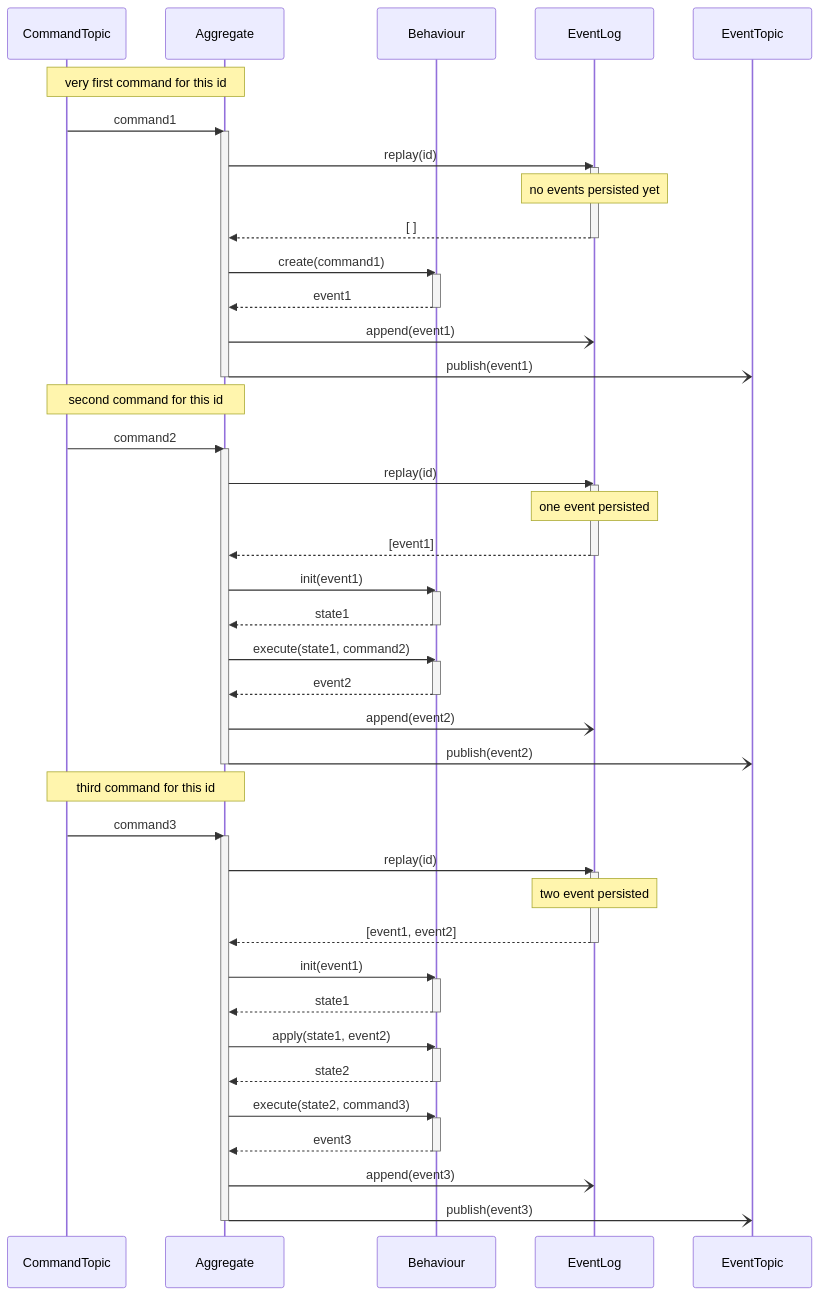
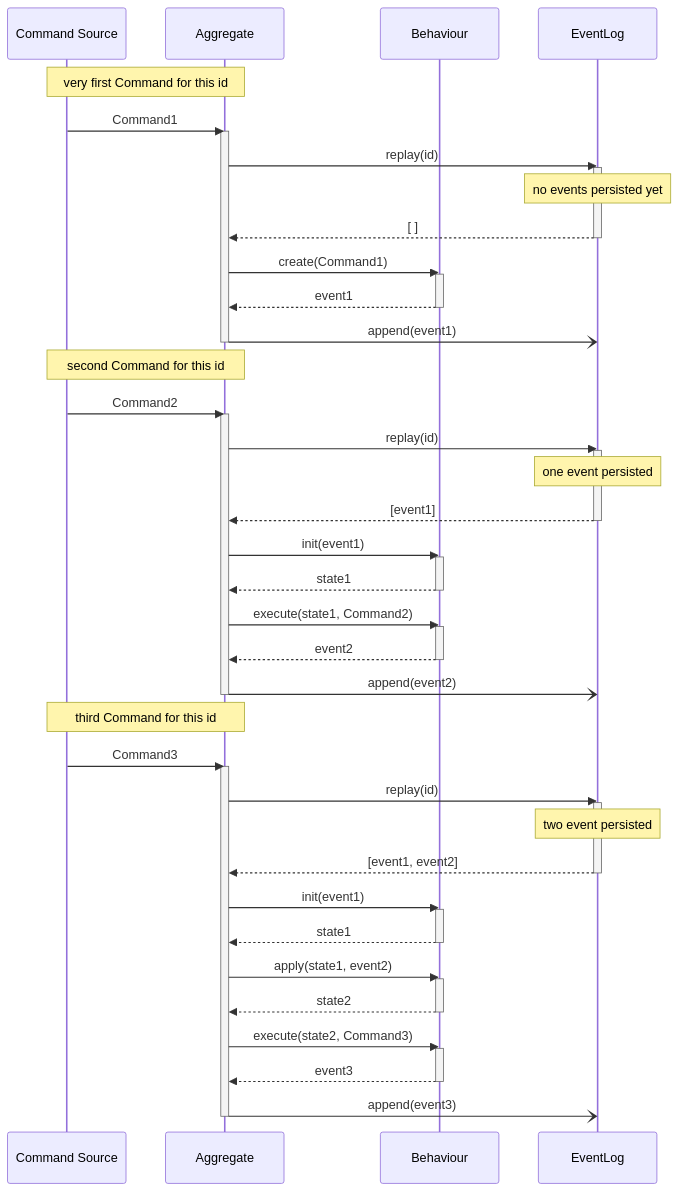
The second of 3 diagrams in packages/doc/docs/reventless-components/aggregate.md (ReventlessDev/reventless-core), drawn with Mermaid before and after one commit. The commit also changed other lines of this file, not shown here.

First line of the commit message:
doc: simplify aggregate diagrams

````diff
--- a/packages/doc/docs/reventless-components/aggregate.md
+++ b/packages/doc/docs/reventless-components/aggregate.md
@@ -290,71 +282,67 @@
 ```mermaid
 sequenceDiagram
-participant CommandTopic
+participant CommandSource as Command Source
 participant Aggregate
 participant Behaviour
 participant EventLog
-participant EventTopic
 
-%% first command
-Note over CommandTopic,Aggregate: very first command for this id
-CommandTopic->>Aggregate: command1
+%% first Command
+Note over CommandSource,Aggregate: very first Command for this id
+CommandSource->>Aggregate: Command1
 activate Aggregate
 Aggregate->>EventLog: replay(id)
 activate EventLog
 Note over EventLog: no events persisted yet
 EventLog-->>Aggregate: [ ]
 deactivate EventLog
-Aggregate->>Behaviour: create(command1)
+Aggregate->>Behaviour: create(Command1)
 activate Behaviour
 Behaviour-->>Aggregate: event1
 deactivate Behaviour
 Aggregate-)EventLog: append(event1)
-Aggregate-)EventTopic: publish(event1)
 deactivate Aggregate
 
-%% second command
-Note over CommandTopic,Aggregate: second command for this id
-CommandTopic->>Aggregate: command2
+%% second CommandSource
+Note over CommandSource,Aggregate: second Command for this id
+CommandSource->>Aggregate: Command2
 activate Aggregate
 Aggregate->>EventLog: replay(id)
 activate EventLog
 Note over EventLog: one event persisted
 EventLog-->>Aggregate: [event1]
 deactivate EventLog
 Aggregate->>Behaviour: init(event1)
 activate Behaviour
 Behaviour-->>Aggregate: state1
 deactivate Behaviour
-Aggregate->>Behaviour: execute(state1, command2)
+Aggregate->>Behaviour: execute(state1, Command2)
 activate Behaviour
 Behaviour-->>Aggregate: event2
 deactivate Behaviour
 Aggregate-)EventLog: append(event2)
-Aggregate-)EventTopic: publish(event2)
 deactivate Aggregate
 
-%% third command
-Note over CommandTopic,Aggregate: third command for this id
-CommandTopic->>Aggregate: command3
+%% third Command
+Note over CommandSource,Aggregate: third Command for this id
+CommandSource->>Aggregate: Command3
 activate Aggregate
 Aggregate->>EventLog: replay(id)
 activate EventLog
 Note over EventLog: two event persisted
 EventLog-->>Aggregate: [event1, event2]
 deactivate EventLog
 Aggregate->>Behaviour: init(event1)
 activate Behaviour
 Behaviour-->>Aggregate: state1
 deactivate Behaviour
 Aggregate->>Behaviour: apply(state1, event2)
 activate Behaviour
 Behaviour-->>Aggregate: state2
 deactivate Behaviour
-Aggregate->>Behaviour: execute(state2, command3)
+Aggregate->>Behaviour: execute(state2, Command3)
 activate Behaviour
 Behaviour-->>Aggregate: event3
 deactivate Behaviour
 Aggregate-)EventLog: append(event3)
-Aggregate-)EventTopic: publish(event3)
 deactivate Aggregate
 ```
````
